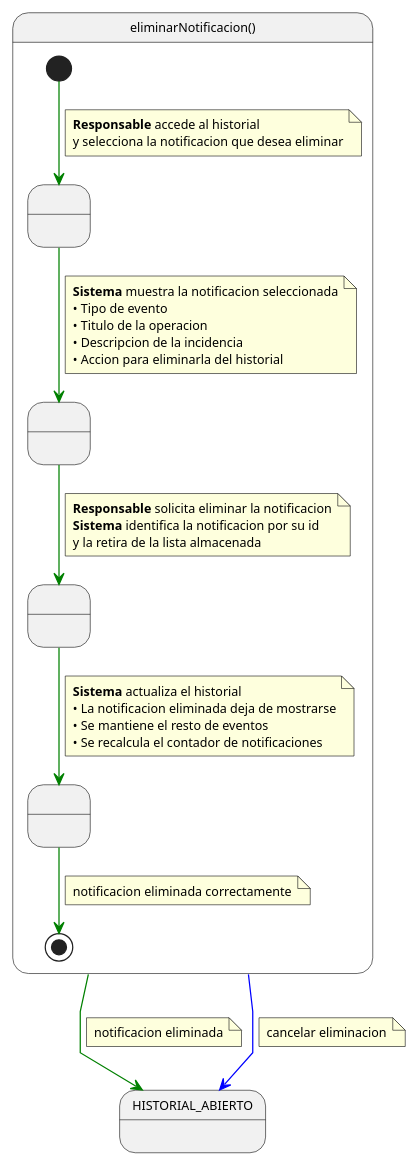
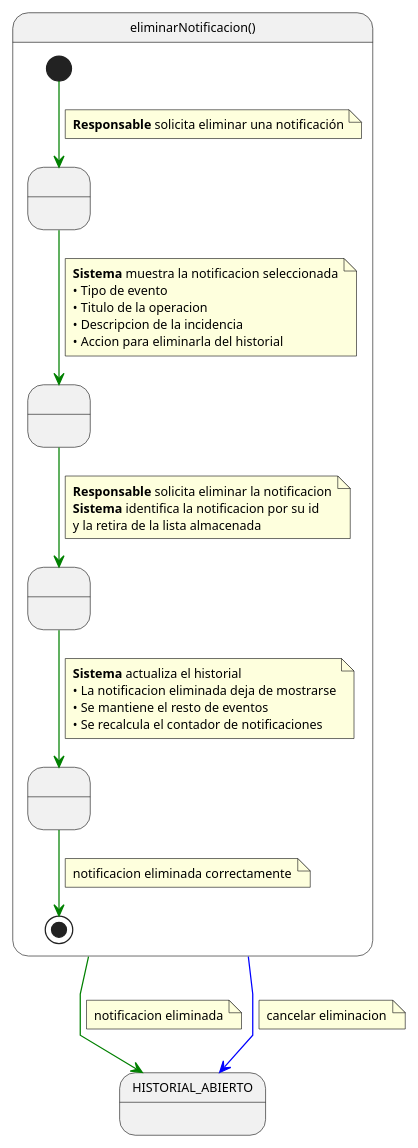
One commit to RaulPlayo/TFG-RaulPelayoParaja changed the diagram in codigoFuente/eliminarNotificacion.puml. Above: the diagram before and after it, drawn with PlantUML. The commit also changed 3 other files, not shown here.

```diff
--- a/codigoFuente/eliminarNotificacion.puml
+++ b/codigoFuente/eliminarNotificacion.puml
@@ -1,59 +1,58 @@
 @startuml EliminarNotificacion
 
 skinparam linetype polyline
 skinparam defaultFontName Arial
 skinparam defaultFontSize 10
 
 state eliminarNotificacion as "eliminarNotificacion()" {
   state " " as SeleccionandoNotificacion
   state " " as SolicitandoEliminacion
   state " " as EliminandoNotificacion
   state " " as HistorialActualizado
 
   [*] -[#green]-> SeleccionandoNotificacion
   note on link
-    <b>Responsable</b> accede al historial
-    y selecciona la notificacion que desea eliminar
+    <b>Responsable</b> solicita eliminar una notificación
   end note
 
   SeleccionandoNotificacion -[#green]-> SolicitandoEliminacion
   note on link
     <b>Sistema</b> muestra la notificacion seleccionada
     • Tipo de evento
     • Titulo de la operacion
     • Descripcion de la incidencia
     • Accion para eliminarla del historial
   end note
 
   SolicitandoEliminacion -[#green]-> EliminandoNotificacion
   note on link
     <b>Responsable</b> solicita eliminar la notificacion
     <b>Sistema</b> identifica la notificacion por su id
     y la retira de la lista almacenada
   end note
 
   EliminandoNotificacion -[#green]-> HistorialActualizado
   note on link
     <b>Sistema</b> actualiza el historial
     • La notificacion eliminada deja de mostrarse
     • Se mantiene el resto de eventos
     • Se recalcula el contador de notificaciones
   end note
 
   HistorialActualizado -[#green]-> [*]
   note on link
     notificacion eliminada correctamente
   end note
 }
 
 eliminarNotificacion -[#green]-> HISTORIAL_ABIERTO
 note on link
   notificacion eliminada
 end note
 
 eliminarNotificacion -[#blue]-> HISTORIAL_ABIERTO
 note on link
   cancelar eliminacion
 end note
 
 @enduml
```
